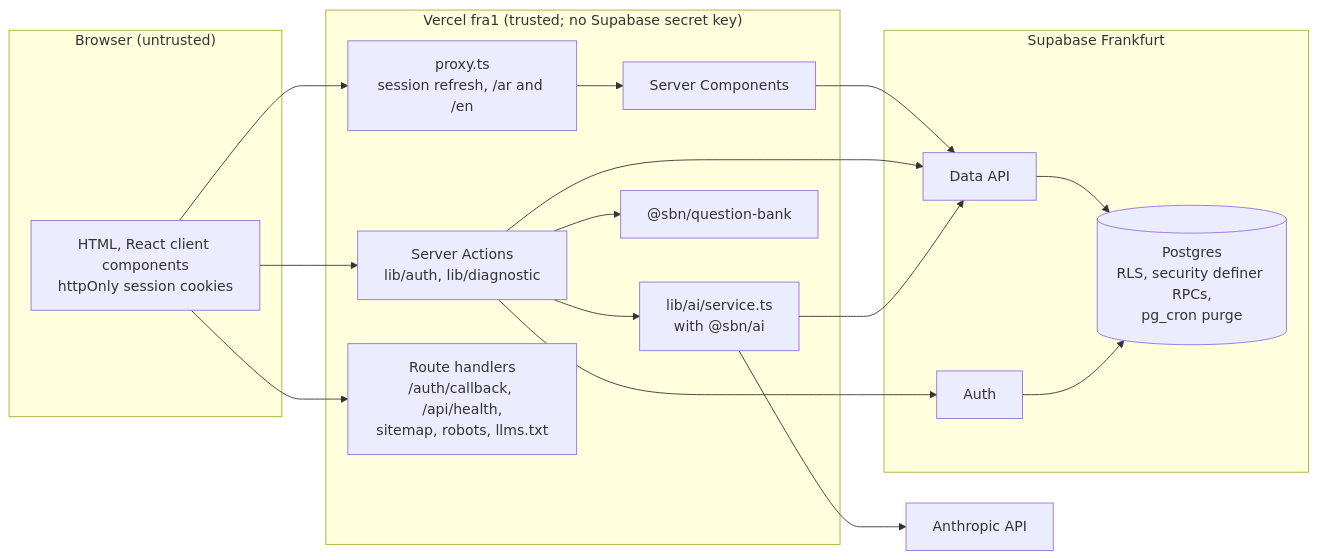
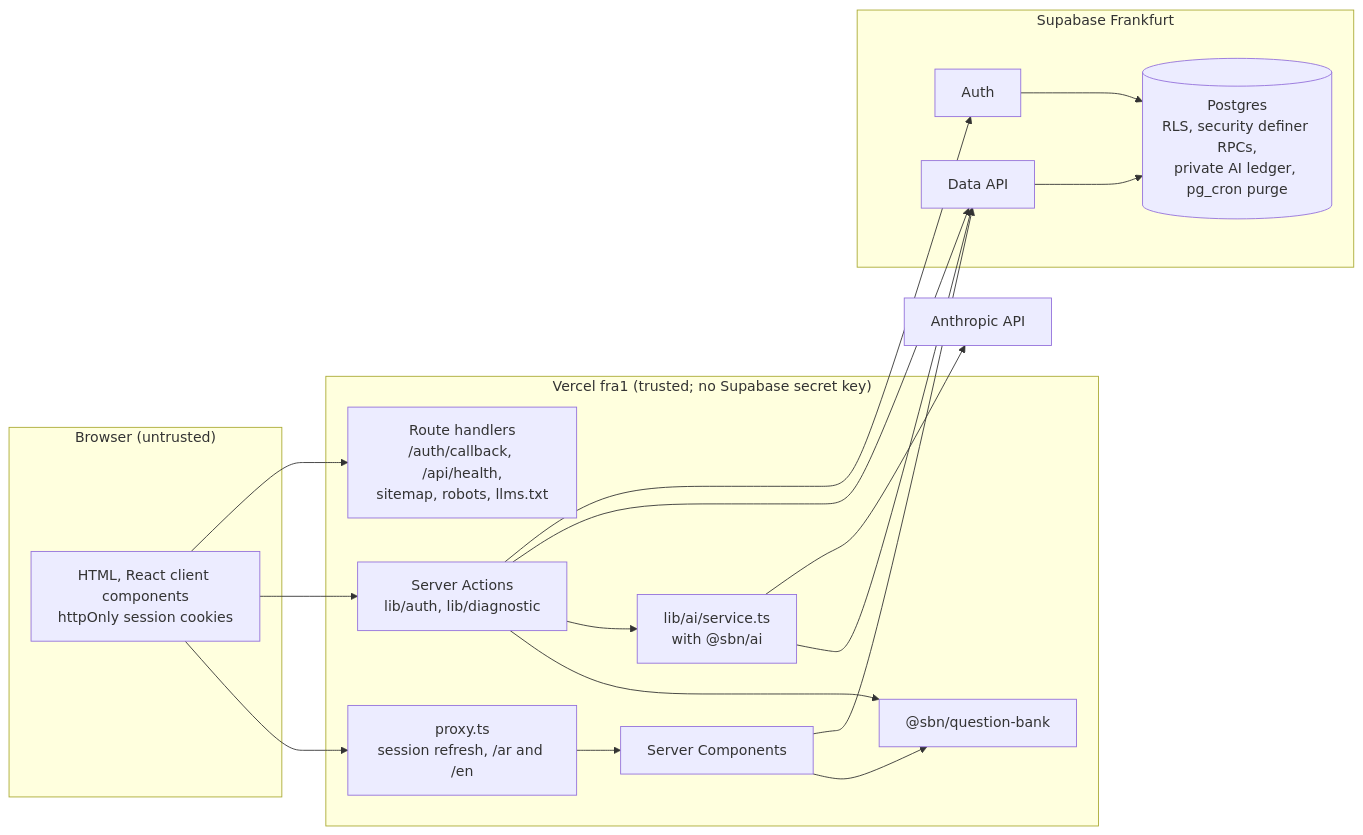
Before and after one commit to laithhamoda/startupbrandname: the second of 3 diagrams in docs/architecture.md, drawn with Mermaid. The commit also changed other lines of this file, not shown here.

First line of the commit message:
docs(architecture): describe the save and the ai path after the audit

````diff
--- a/docs/architecture.md
+++ b/docs/architecture.md
@@ -43,33 +46,34 @@
 ```mermaid
 flowchart LR
   subgraph browser["Browser (untrusted)"]
     ui["HTML, React client components<br/>httpOnly session cookies"]
   end
   subgraph vercel["Vercel fra1 (trusted; no Supabase secret key)"]
     proxy["proxy.ts<br/>session refresh, /ar and /en"]
     pages["Server Components"]
     actions["Server Actions<br/>lib/auth, lib/diagnostic"]
     routes["Route handlers<br/>/auth/callback, /api/health,<br/>sitemap, robots, llms.txt"]
     ai["lib/ai/service.ts<br/>with @sbn/ai"]
     qb["@sbn/question-bank"]
   end
   subgraph supa["Supabase Frankfurt"]
     gotrue["Auth"]
     rest["Data API"]
-    pg[("Postgres<br/>RLS, security definer RPCs,<br/>pg_cron purge")]
+    pg[("Postgres<br/>RLS, security definer RPCs,<br/>private AI ledger, pg_cron purge")]
   end
   claude["Anthropic API"]
 
   ui --> proxy --> pages
   ui --> actions
   ui --> routes
+  pages --> qb
   pages --> rest
   actions --> qb
   actions --> ai
   actions --> rest
   actions --> gotrue
   ai --> rest
   ai --> claude
   rest --> pg
   gotrue --> pg
 ```
````
